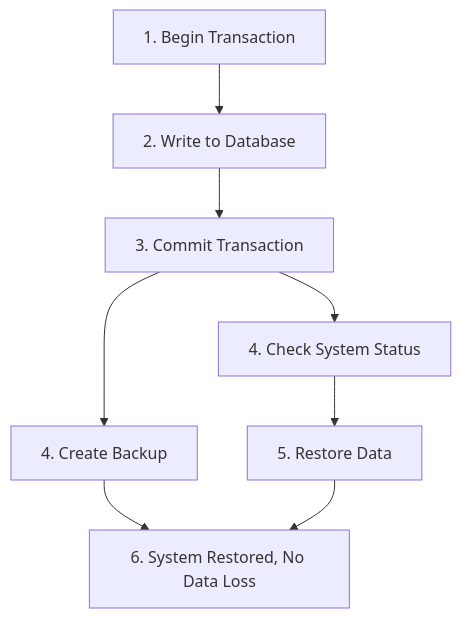
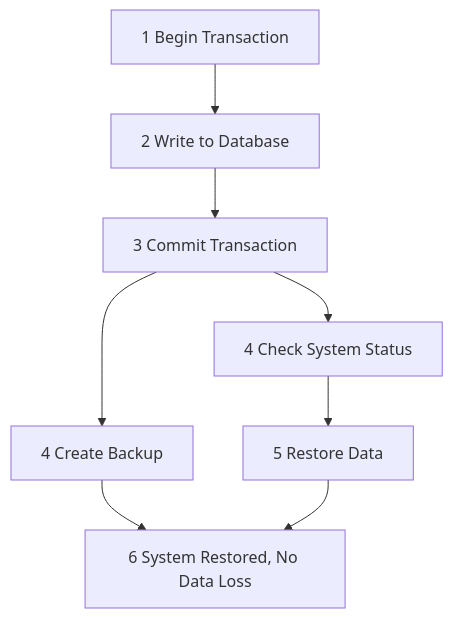
Before and after one commit to uwspstar/From-Zero-to-Hero: the fourth of 4 diagrams in System-Design/ACID principle.md, drawn with Mermaid. The commit also changed other lines of this file, not shown here.

````diff
--- a/System-Design/ACID principle.md
+++ b/System-Design/ACID principle.md
@@ -56,10 +56,10 @@
 ```mermaid
 flowchart TD
-    Start[1. Begin Transaction] --> WriteDB[2. Write to Database]
-    WriteDB --> Commit[3. Commit Transaction]
-    Commit --> Backup[4. Create Backup]
-    Backup --> End[5. Transaction Completed, Data is Durable]
-    Commit --> FailureCheck[4. Check System Status]
-    FailureCheck --> Restore[5. Restore Data]
-    Restore --> End[6. System Restored, No Data Loss]
+    Start[1 Begin Transaction] --> WriteDB[2 Write to Database]
+    WriteDB --> Commit[3 Commit Transaction]
+    Commit --> Backup[4 Create Backup]
+    Backup --> End[5 Transaction Completed, Data is Durable]
+    Commit --> FailureCheck[4 Check System Status]
+    FailureCheck --> Restore[5 Restore Data]
+    Restore --> End[6 System Restored, No Data Loss]
 ```
````
